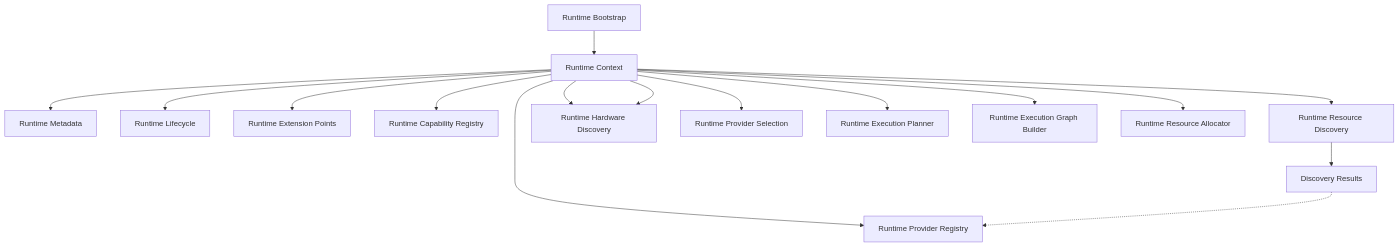
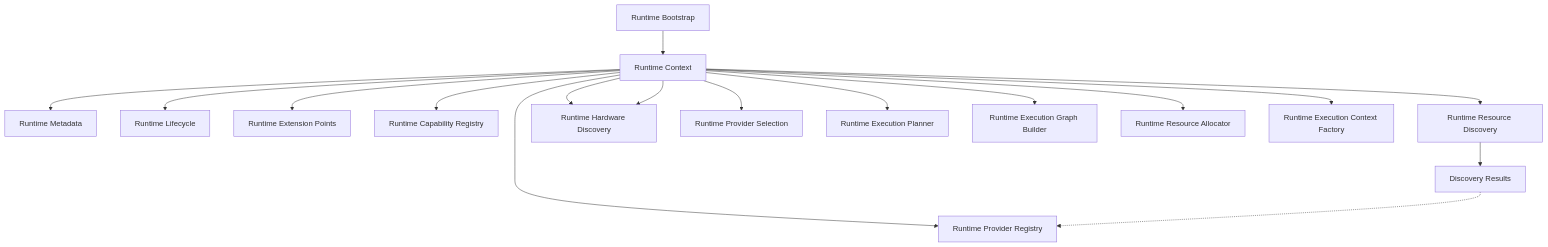
One commit to RudraNarayanRoy01/ClipForge changed the diagram in docs/architecture/runtime/RUNTIME_ARCHITECTURE.md. Above: the diagram before and after it, drawn with Mermaid. The commit also changed other lines of this file and 8 other files, not shown here.

Commit message:
feat(runtime): Batch 6.2.5 establish execution context foundation

````diff
--- a/docs/architecture/runtime/RUNTIME_ARCHITECTURE.md
+++ b/docs/architecture/runtime/RUNTIME_ARCHITECTURE.md
@@ -79,39 +79,41 @@
 ```mermaid
 flowchart TD
     Bootstrap[Runtime Bootstrap]
     
     Context[Runtime Context]
     Bootstrap --> Context
     
     Metadata[Runtime Metadata]
     Lifecycle[Runtime Lifecycle]
     Extensions[Runtime Extension Points]
     Registry[Runtime Capability Registry]
     
     Context --> Metadata
     Context --> Lifecycle
     Context --> Extensions
     Context --> Registry
     Context --> Discovery
     Context --> HardwareDiscovery
     
     Discovery[Runtime Resource Discovery]
     Results[Discovery Results]
     Discovery --> Results
     
     ProviderRegistry[Runtime Provider Registry]
     HardwareDiscovery[Runtime Hardware Discovery]
     ProviderSelection[Runtime Provider Selection]
     ExecutionPlanner[Runtime Execution Planner]
     ExecutionGraphBuilder[Runtime Execution Graph Builder]
     ResourceAllocator[Runtime Resource Allocator]
+    ExecutionContextFactory[Runtime Execution Context Factory]
     
     Context --> ProviderRegistry
     Context --> HardwareDiscovery
     Context --> ProviderSelection
     Context --> ExecutionPlanner
     Context --> ExecutionGraphBuilder
     Context --> ResourceAllocator
+    Context --> ExecutionContextFactory
     
     Results -.-> ProviderRegistry
 ```
````
